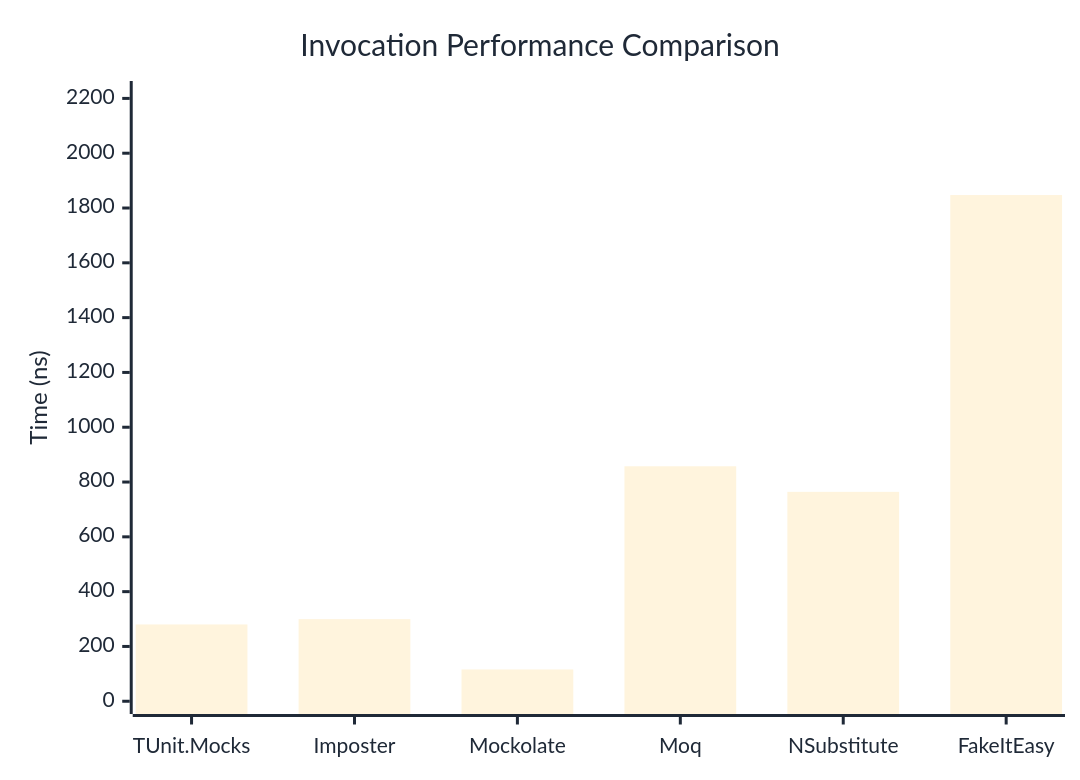
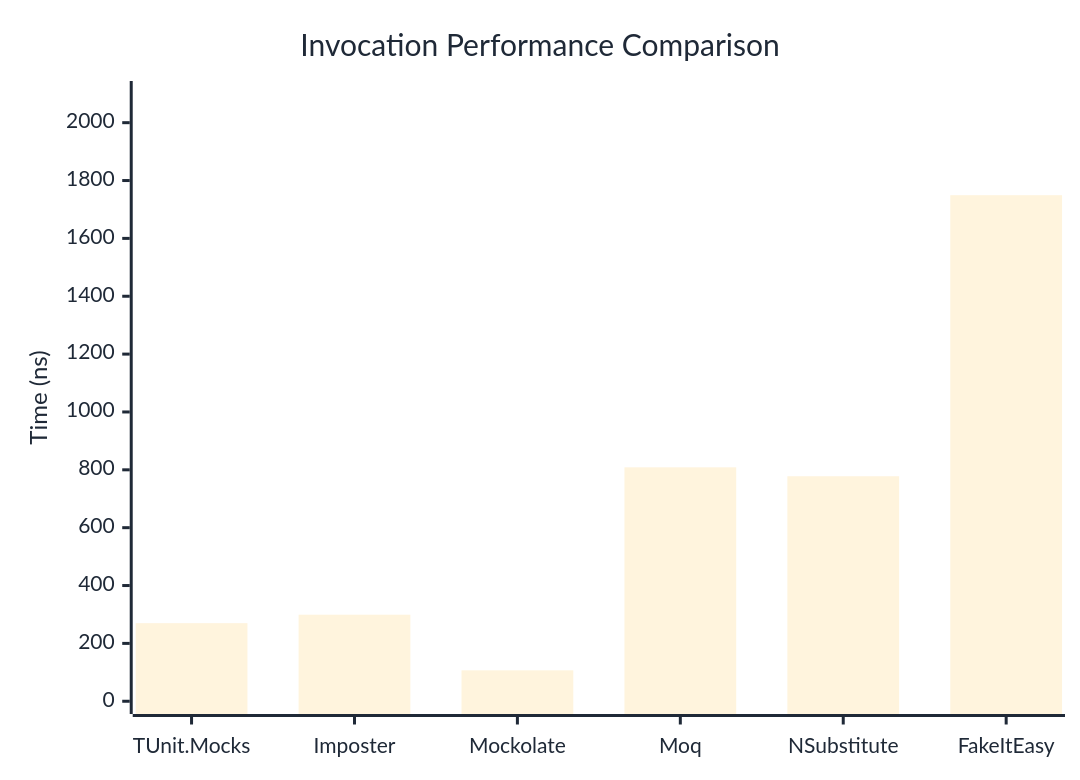
The first of 3 diagrams in docs/docs/benchmarks/mocks/Invocation.md (thomhurst/TUnit), drawn with Mermaid before and after one commit. The commit also changed other lines of this file and 14 other files, not shown here.

````diff
--- a/docs/docs/benchmarks/mocks/Invocation.md
+++ b/docs/docs/benchmarks/mocks/Invocation.md
@@ -30,27 +30,27 @@
 ```mermaid
 %%{init: {
   'theme':'base',
   'themeVariables': {
     'primaryColor': '#2563eb',
     'primaryTextColor': '#1f2937',
     'primaryBorderColor': '#1e40af',
     'lineColor': '#6b7280',
     'secondaryColor': '#7c3aed',
     'tertiaryColor': '#dc2626',
     'background': '#ffffff',
     'pie1': '#2563eb',
     'pie2': '#7c3aed',
     'pie3': '#dc2626',
     'pie4': '#f59e0b',
     'pie5': '#10b981',
     'pie6': '#06b6d4',
     'pie7': '#ec4899',
     'pie8': '#6366f1'
   }
 }}%%
 xychart-beta
   title "Invocation Performance Comparison"
   x-axis ["TUnit.Mocks", "Imposter", "Mockolate", "Moq", "NSubstitute", "FakeItEasy"]
-  y-axis "Time (ns)" 0 --> 2217
-  bar [280.3, 299.7, 116.1, 857.5, 764.2, 1847.3]
+  y-axis "Time (ns)" 0 --> 2100
+  bar [269.95, 299.2, 106.83, 808.65, 777.82, 1749.31]
 ```
````
